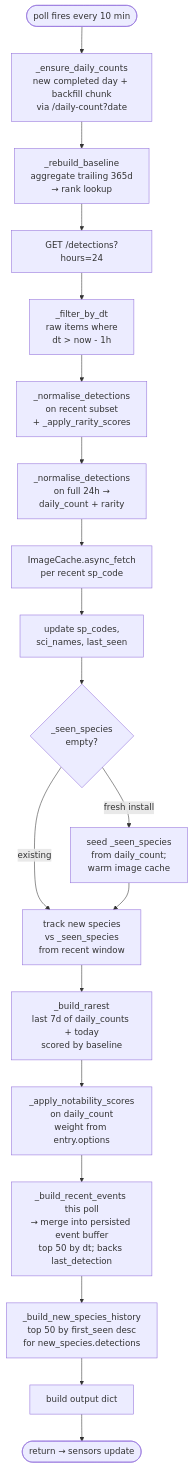
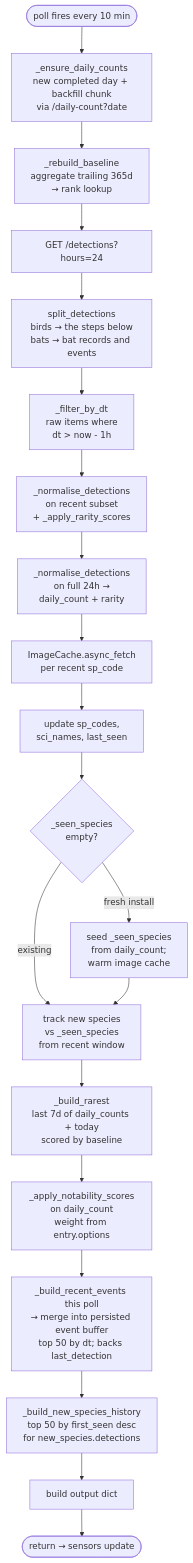
The second of 3 diagrams in docs/architecture.md (eklundjon/ha-haikubox), drawn with Mermaid before and after one commit. The commit also changed other lines of this file and 7 other files, not shown here.

````diff
--- a/docs/architecture.md
+++ b/docs/architecture.md
@@ -115,28 +115,29 @@
 ```mermaid
 flowchart TD
     Start([poll fires every 10 min]) --> EnsureDaily
 
     EnsureDaily[_ensure_daily_counts<br/>new completed day + backfill chunk<br/>via /daily-count?date] --> Rebuild[_rebuild_baseline<br/>aggregate trailing 365d<br/>→ rank lookup]
     Rebuild --> FetchDetections
 
-    FetchDetections[GET /detections?hours=24] --> FilterRecent[_filter_by_dt<br/>raw items where<br/>dt &gt; now - 1h]
+    FetchDetections[GET /detections?hours=24] --> Split[split_detections<br/>birds → the steps below<br/>bats → bat records and events]
+    Split --> FilterRecent[_filter_by_dt<br/>raw items where<br/>dt &gt; now - 1h]
     FilterRecent --> NormaliseRecent[_normalise_detections<br/>on recent subset<br/>+ _apply_rarity_scores]
     NormaliseRecent --> NormaliseDaily[_normalise_detections<br/>on full 24h →<br/>daily_count + rarity]
 
     NormaliseDaily --> CacheImages[ImageCache.async_fetch<br/>per recent sp_code]
     CacheImages --> Lookups[update sp_codes,<br/>sci_names, last_seen]
 
     Lookups --> SeedSeen{_seen_species<br/>empty?}
     SeedSeen -- fresh install --> SeedFrom24h[seed _seen_species<br/>from daily_count;<br/>warm image cache]
     SeedSeen -- existing --> NewSpecies
     SeedFrom24h --> NewSpecies
 
     NewSpecies[track new species<br/>vs _seen_species<br/>from recent window] --> Rarest[_build_rarest<br/>last 7d of daily_counts + today<br/>scored by baseline]
     Rarest --> Notability[_apply_notability_scores<br/>on daily_count<br/>weight from entry.options]
 
     Notability --> Events[_build_recent_events this poll<br/>→ merge into persisted event buffer<br/>top 50 by dt; backs last_detection]
     Events --> History[_build_new_species_history<br/>top 50 by first_seen desc<br/>for new_species.detections]
     History --> Build[build output dict]
 
     Build --> Done([return → sensors update])
 ```
````
